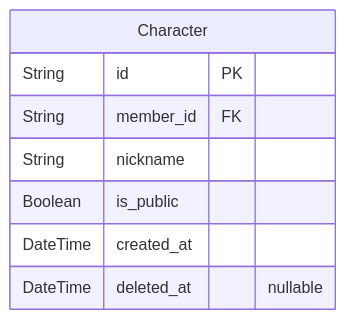
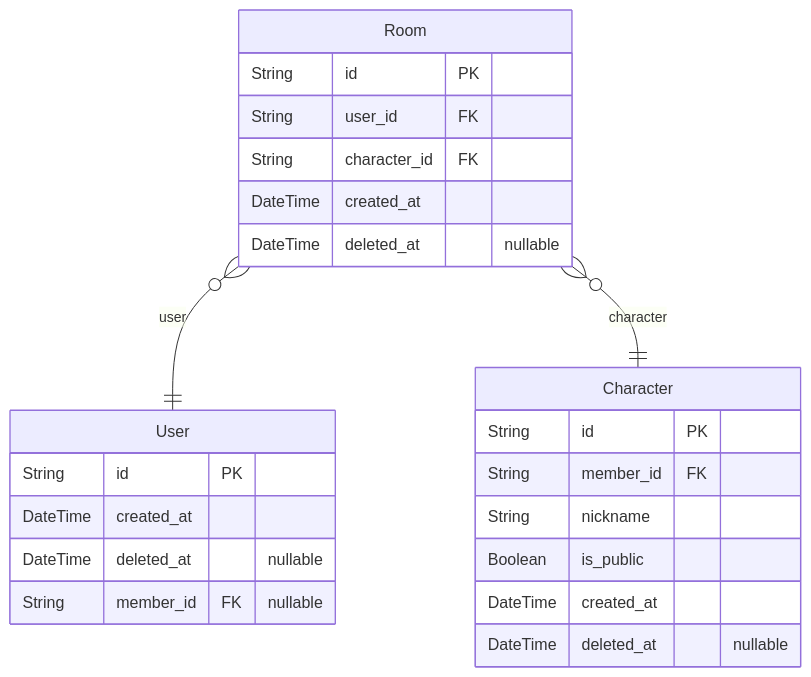
Before and after one commit to Resupath/backend: the second of 2 diagrams in prisma/ERD.md, drawn with Mermaid. The commit also changed other lines of this file and 1 other file, not shown here.

First line of the commit message:
feat: Room(채팅방) 스키마 정의 추가

````diff
--- a/prisma/ERD.md
+++ b/prisma/ERD.md
@@ -66,11 +66,26 @@
 ```mermaid
 erDiagram
 "Character" {
   String id PK
   String member_id FK
   String nickname
   Boolean is_public
   DateTime created_at
   DateTime deleted_at "nullable"
 }
+"Room" {
+  String id PK
+  String user_id FK
+  String character_id FK
+  DateTime created_at
+  DateTime deleted_at "nullable"
+}
+"User" {
+  String id PK
+  DateTime created_at
+  DateTime deleted_at "nullable"
+  String member_id FK "nullable"
+}
+"Room" }o--|| "User" : user
+"Room" }o--|| "Character" : character
 ```
````
